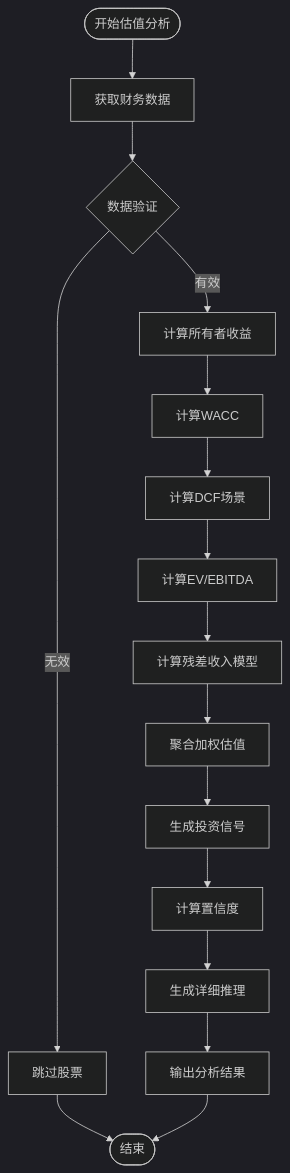
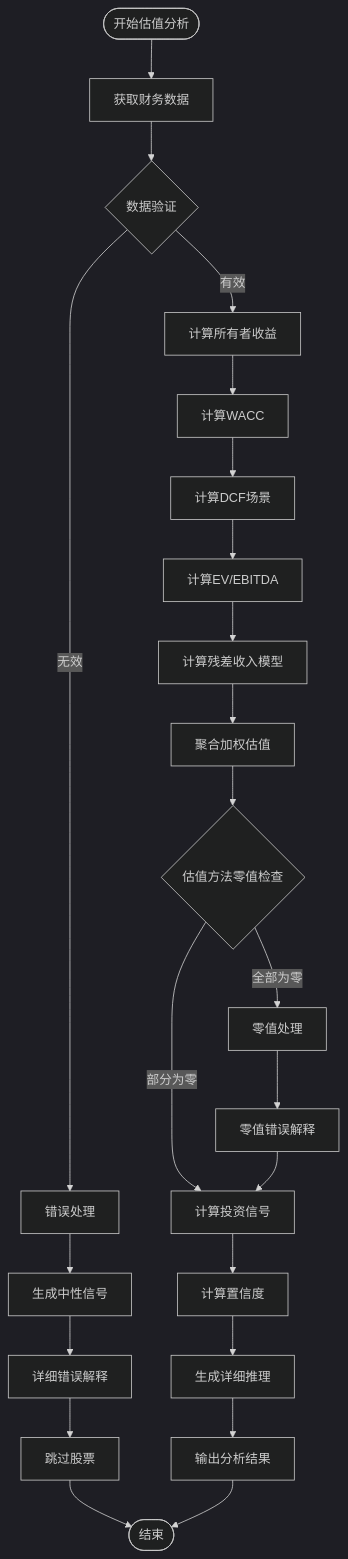
One commit to lichen14-hash/ai-hedge-fund changed the third of 14 diagrams in .qoder/repowiki/zh/content/多智能体系统/专业分析智能体/估值分析智能体.md. Above: the diagram before and after it, drawn with Mermaid (dark theme). The commit also changed other lines of this file and 24 other files, not shown here.

````diff
--- a/.qoder/repowiki/zh/content/多智能体系统/专业分析智能体/估值分析智能体.md
+++ b/.qoder/repowiki/zh/content/多智能体系统/专业分析智能体/估值分析智能体.md
@@ -149,18 +170,25 @@
 ```mermaid
 flowchart TD
 Start([开始估值分析]) --> FetchData[获取财务数据]
 FetchData --> ValidateData{数据验证}
 ValidateData --> |有效| CalcOwnerEarnings[计算所有者收益]
-ValidateData --> |无效| SkipTicker[跳过股票]
+ValidateData --> |无效| ErrorHandling[错误处理]
+ErrorHandling --> NeutralSignal[生成中性信号]
+NeutralSignal --> ErrorReasoning[详细错误解释]
+ErrorReasoning --> SkipTicker[跳过股票]
 CalcOwnerEarnings --> CalcWACC[计算WACC]
 CalcWACC --> CalcDCFSce[计算DCF场景]
 CalcDCFSce --> CalcEV[计算EV/EBITDA]
 CalcEV --> CalcRIM[计算残差收入模型]
 CalcRIM --> Aggregate[聚合加权估值]
-Aggregate --> Signal[生成投资信号]
-Signal --> Confidence[计算置信度]
+Aggregate --> CheckZero{估值方法零值检查}
+CheckZero --> |全部为零| ZeroHandling[零值处理]
+CheckZero --> |部分为零| SignalCalc[计算投资信号]
+ZeroHandling --> ZeroReasoning[零值错误解释]
+ZeroReasoning --> SignalCalc
+SignalCalc --> Confidence[计算置信度]
 Confidence --> Reasoning[生成详细推理]
 Reasoning --> Output[输出分析结果]
 SkipTicker --> End([结束])
 Output --> End
 ```
````
